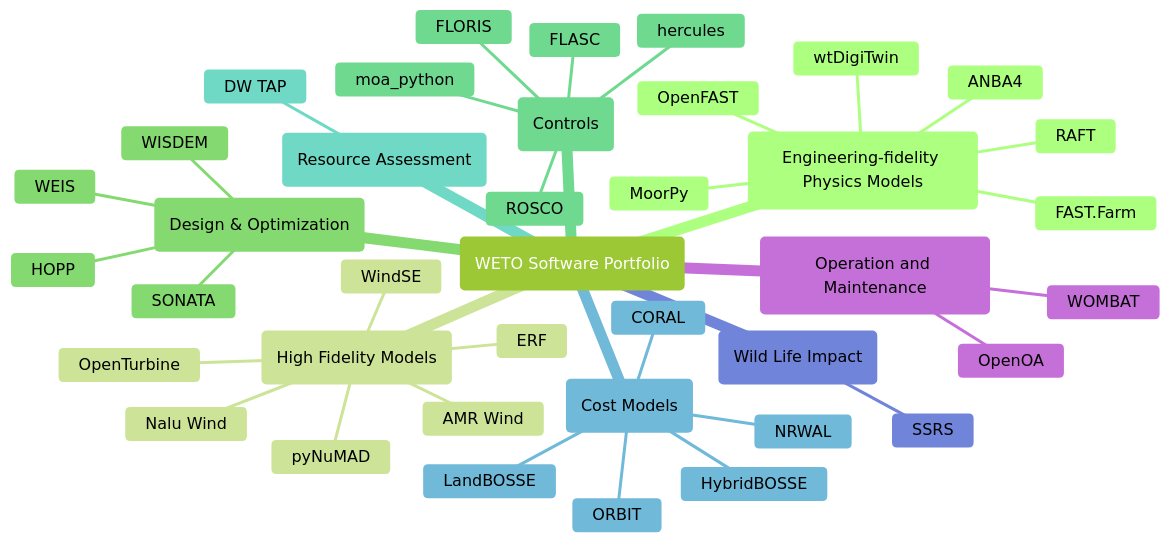
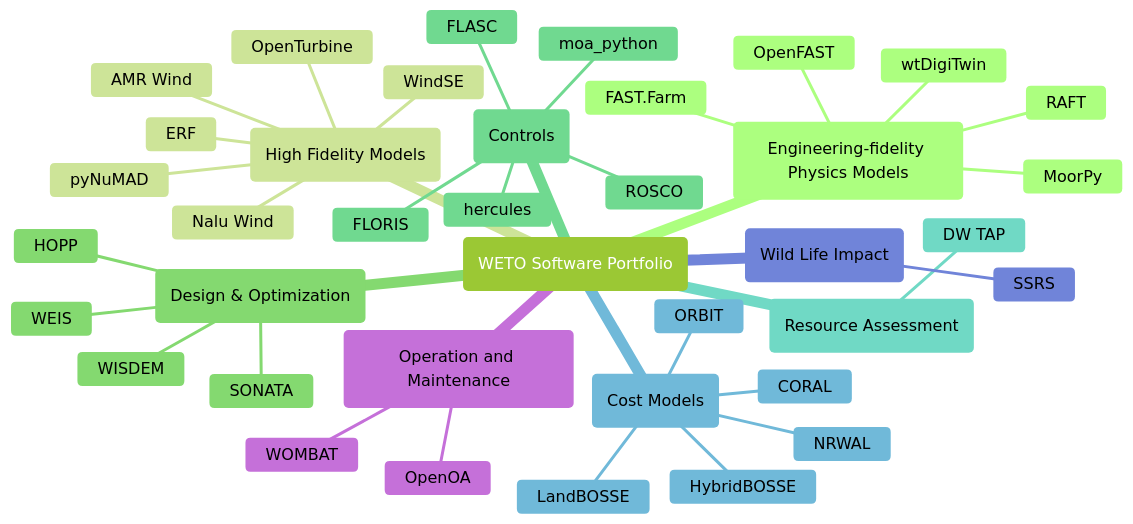
The diagram in docs/portfolio_analysis/software_list.md (NREL/WETOStack), drawn with Mermaid before and after one commit. The commit also changed other lines of this file and 4 other files, not shown here.

````diff
--- a/docs/portfolio_analysis/software_list.md
+++ b/docs/portfolio_analysis/software_list.md
@@ -5,51 +5,50 @@
 ```{mermaid}
 %%{init: { 'logLevel': 'debug', 'theme': 'forest' } }%%
 
 mindmap
     root("WETO Software Portfolio")
         ps(Engineering-fidelity Physics Models)
             OpenFAST
             FAST.Farm
             MoorPy
             wtDigiTwin
-            ANBA4
             RAFT
 
         hfm(High Fidelity Models)
             AMR Wind
             Nalu Wind
             OpenTurbine
             ERF
             WindSE
             pyNuMAD
 
         do(Design & Optimization)
             WEIS
             WISDEM
             HOPP
             SONATA
 
         ctrl(Controls)
             ROSCO
             FLORIS
             FLASC
             hercules
             moa_python
 
         ra(Resource Assessment)
             DW TAP
 
         cost(Cost Models)
             LandBOSSE
             HybridBOSSE
             ORBIT
             CORAL
             NRWAL
 
         wild(Wild Life Impact)
             SSRS
 
         om(Operation and Maintenance)
             OpenOA
             WOMBAT
 ```
````
